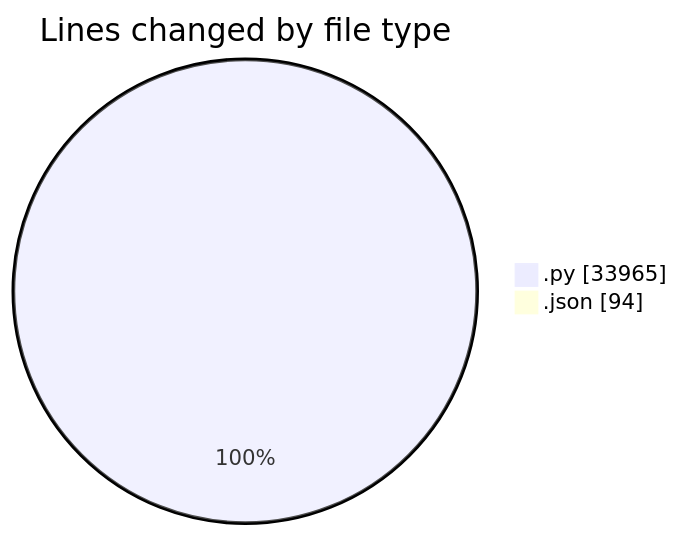
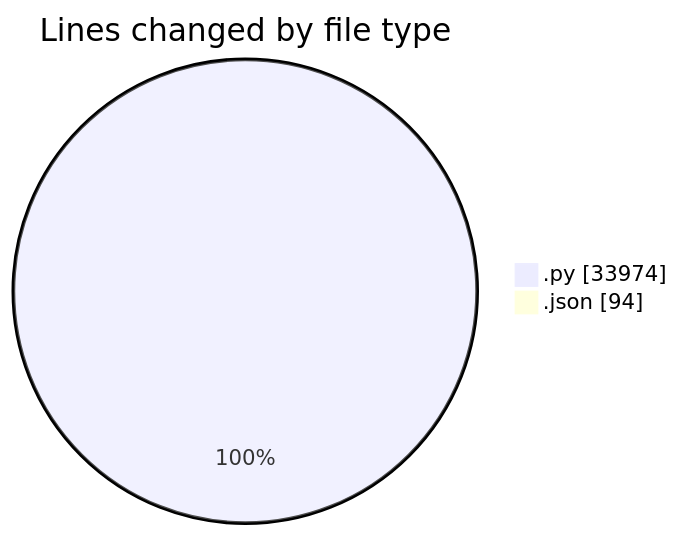
The first of 2 diagrams in 2025-07-14/telebot/README.md (jrari/code-tracking), drawn with Mermaid before and after one commit. The commit also changed other lines of this file and 1 other file, not shown here.

````diff
--- a/2025-07-14/telebot/README.md
+++ b/2025-07-14/telebot/README.md
@@ -57,6 +57,6 @@
 ```mermaid
 pie showData
 title Lines changed by file type
-".py" : 33965
+".py" : 33974
 ".json" : 94
 ```
````
